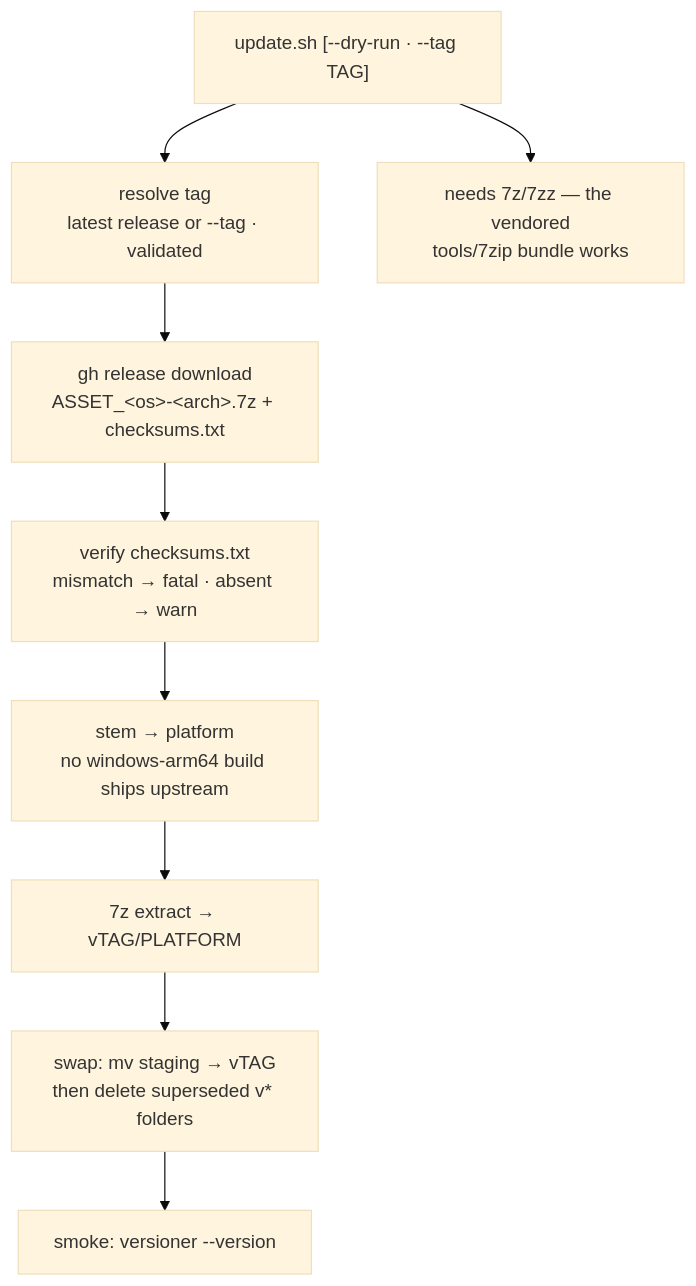
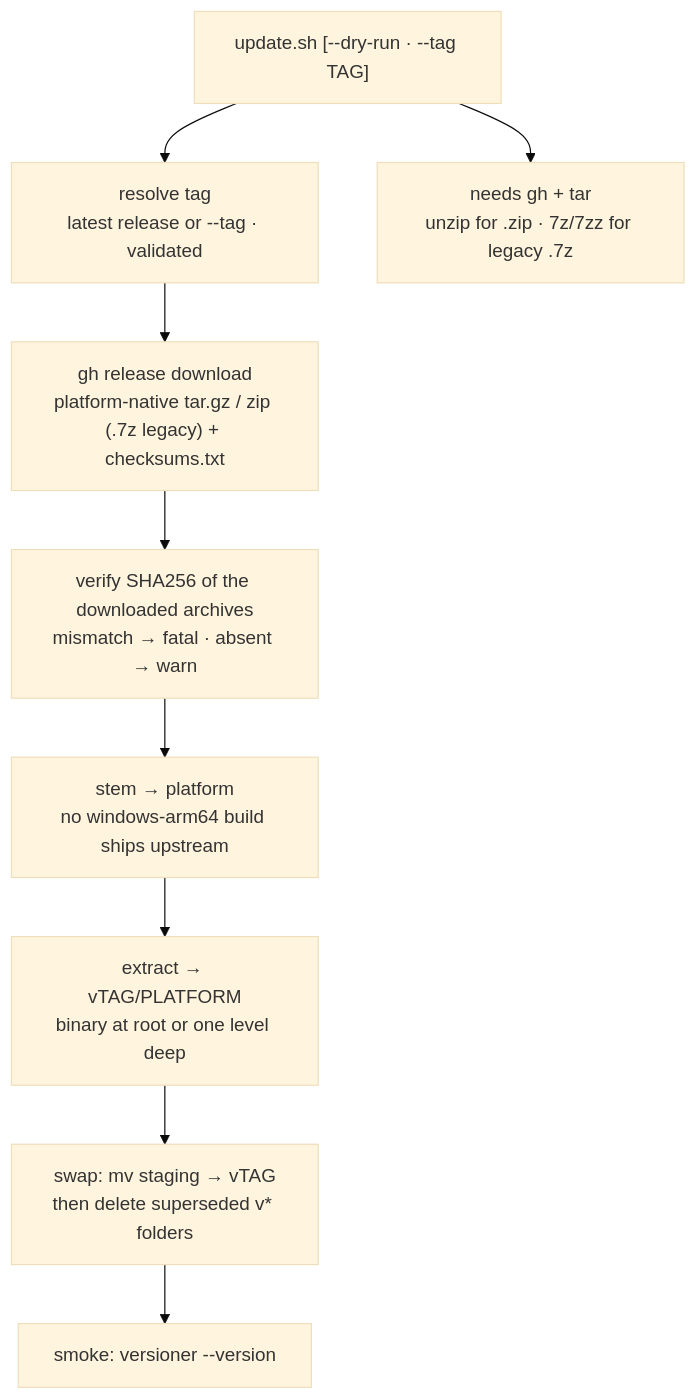
One commit to fordaj/mirror-clone changed the diagram in tools/versioner/update.sh.md. Above: the diagram before and after it, drawn with Mermaid (base theme). The commit also changed other lines of this file and 35 other files, not shown here.

````diff
--- a/tools/versioner/update.sh.md
+++ b/tools/versioner/update.sh.md
@@ -3,12 +3,12 @@
 ```mermaid
 flowchart TD
     Args["update.sh [--dry-run · --tag TAG]"] --> Tag["resolve tag<br/>latest release or --tag · validated"]
-    Tag --> DL["gh release download<br/>ASSET_&lt;os&gt;-&lt;arch&gt;.7z + checksums.txt"]
-    Args --> Need["needs 7z/7zz — the vendored<br/>tools/7zip bundle works"]
-    DL --> Sum["verify checksums.txt<br/>mismatch → fatal · absent → warn"]
+    Tag --> DL["gh release download<br/>platform-native tar.gz / zip (.7z legacy) + checksums.txt"]
+    Args --> Need["needs gh + tar<br/>unzip for .zip · 7z/7zz for legacy .7z"]
+    DL --> Sum["verify SHA256 of the downloaded archives<br/>mismatch → fatal · absent → warn"]
     Sum --> Map["stem → platform<br/>no windows-arm64 build ships upstream"]
-    Map --> Ext["7z extract → vTAG/PLATFORM"]
+    Map --> Ext["extract → vTAG/PLATFORM<br/>binary at root or one level deep"]
     Ext --> Swap["swap: mv staging → vTAG<br/>then delete superseded v* folders"]
     Swap --> Smoke["smoke: versioner --version"]
     click Need href "../7zip/update.sh.md"
 ```
````
